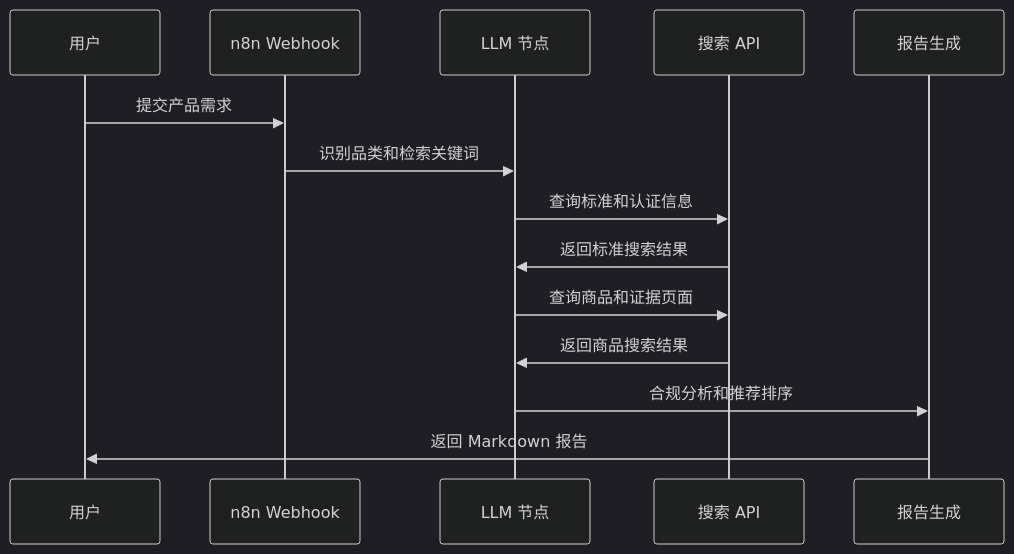
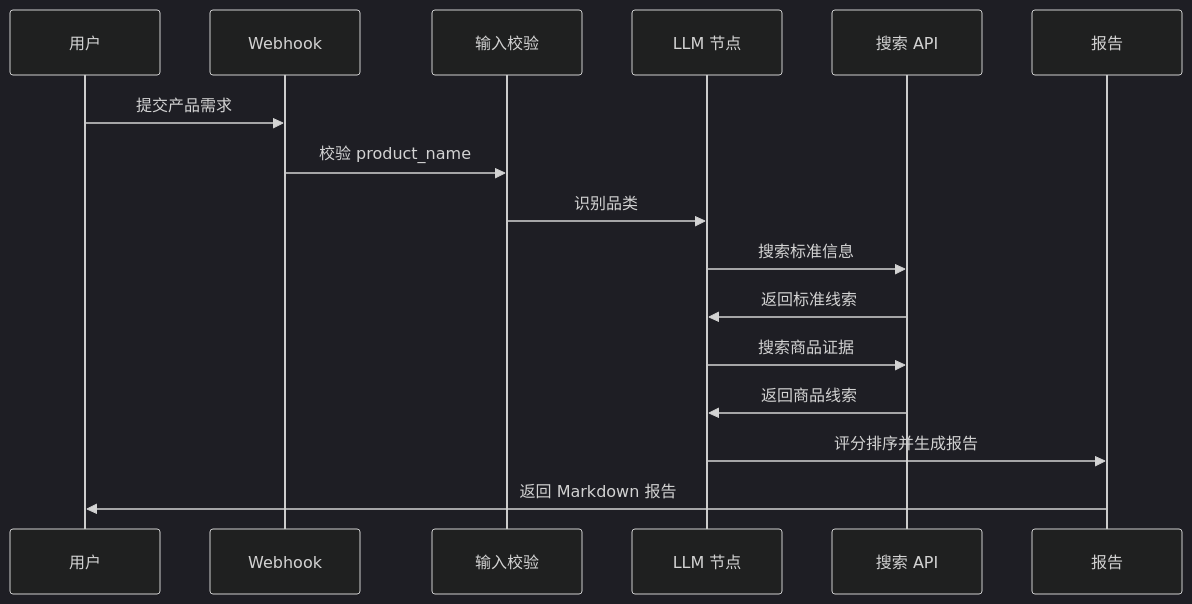
The diagram in docs/user_flow.md (ys200501266-design/product-standard-compliance-agent), drawn with Mermaid (dark theme) before and after one commit. The commit also changed other lines of this file and 26 other files, not shown here.

````diff
--- a/docs/user_flow.md
+++ b/docs/user_flow.md
@@ -3,17 +5,19 @@
 ```mermaid
 sequenceDiagram
-    participant User as 用户
-    participant Webhook as n8n Webhook
-    participant LLM as LLM 节点
-    participant Search as 搜索 API
-    participant Report as 报告生成
+    participant U as 用户
+    participant W as Webhook
+    participant V as 输入校验
+    participant L as LLM 节点
+    participant S as 搜索 API
+    participant R as 报告
 
-    User->>Webhook: 提交产品需求
-    Webhook->>LLM: 识别品类和检索关键词
-    LLM->>Search: 查询标准和认证信息
-    Search->>LLM: 返回标准搜索结果
-    LLM->>Search: 查询商品和证据页面
-    Search->>LLM: 返回商品搜索结果
-    LLM->>Report: 合规分析和推荐排序
-    Report->>User: 返回 Markdown 报告
+    U->>W: 提交产品需求
+    W->>V: 校验 product_name
+    V->>L: 识别品类
+    L->>S: 搜索标准信息
+    S->>L: 返回标准线索
+    L->>S: 搜索商品证据
+    S->>L: 返回商品线索
+    L->>R: 评分排序并生成报告
+    R->>U: 返回 Markdown 报告
 ```
````
